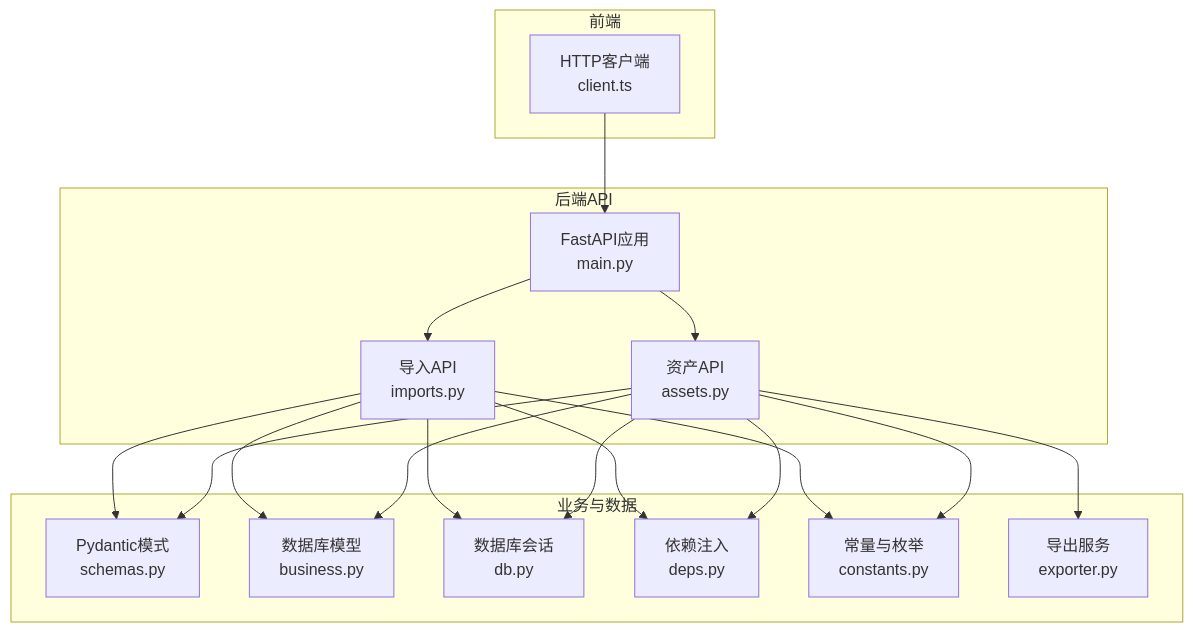
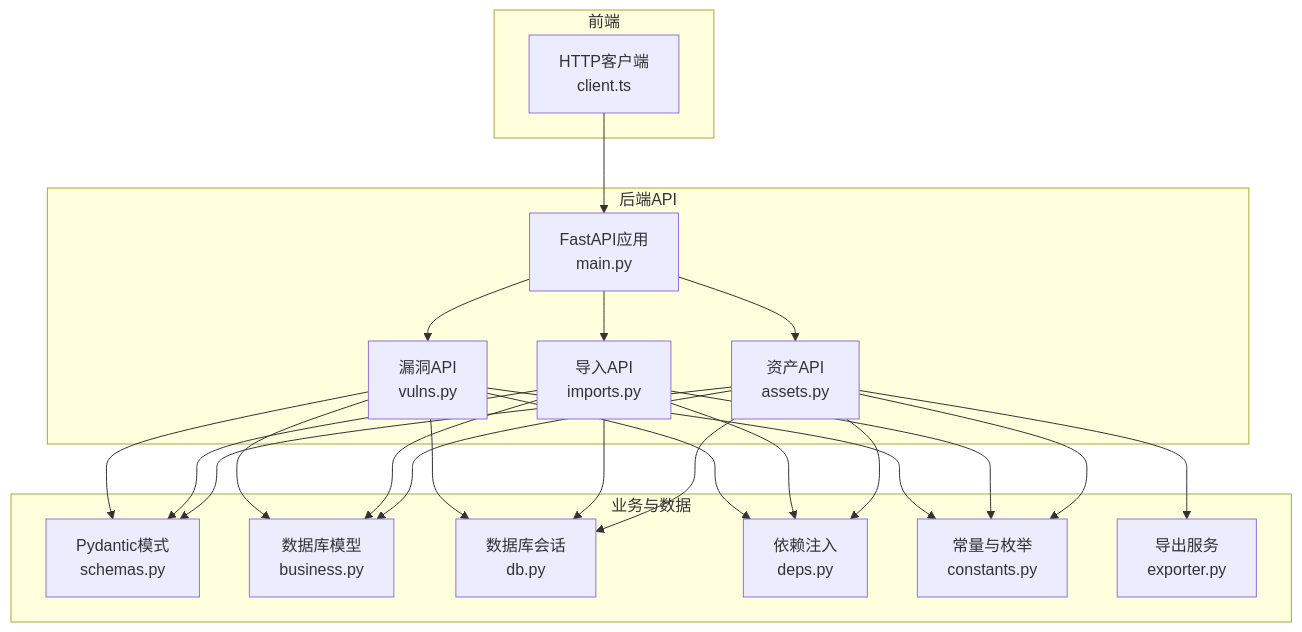
The first of 3 diagrams in .qoder/repowiki/zh/content/后端API文档/资产管理API.md (vu1Art1st/talos), drawn with Mermaid before and after one commit. The commit also changed other lines of this file and 132 other files, not shown here.

````diff
--- a/.qoder/repowiki/zh/content/后端API文档/资产管理API.md
+++ b/.qoder/repowiki/zh/content/后端API文档/资产管理API.md
@@ -51,33 +51,40 @@
 ```mermaid
 graph TB
 subgraph "前端"
 FE_Client["HTTP客户端<br/>client.ts"]
 end
 subgraph "后端API"
 Main["FastAPI应用<br/>main.py"]
 AssetsAPI["资产API<br/>assets.py"]
 ImportsAPI["导入API<br/>imports.py"]
+VulnsAPI["漏洞API<br/>vulns.py"]
 end
 subgraph "业务与数据"
 Schemas["Pydantic模式<br/>schemas.py"]
 Models["数据库模型<br/>business.py"]
 DB["数据库会话<br/>db.py"]
 Deps["依赖注入<br/>deps.py"]
 Constants["常量与枚举<br/>constants.py"]
 Exporter["导出服务<br/>exporter.py"]
 end
 FE_Client --> Main
 Main --> AssetsAPI
 Main --> ImportsAPI
+Main --> VulnsAPI
 AssetsAPI --> Schemas
 ImportsAPI --> Schemas
+VulnsAPI --> Schemas
 AssetsAPI --> Models
 ImportsAPI --> Models
+VulnsAPI --> Models
 AssetsAPI --> DB
 ImportsAPI --> DB
+VulnsAPI --> DB
 AssetsAPI --> Deps
 ImportsAPI --> Deps
+VulnsAPI --> Deps
 AssetsAPI --> Constants
 ImportsAPI --> Constants
+VulnsAPI --> Constants
 AssetsAPI --> Exporter
 ```
````
